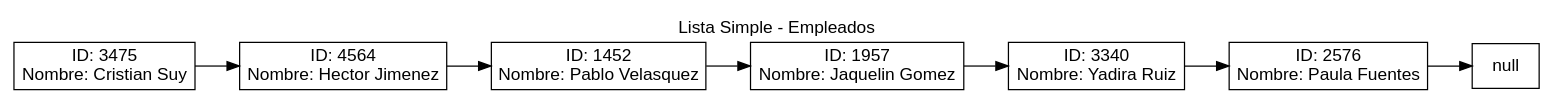
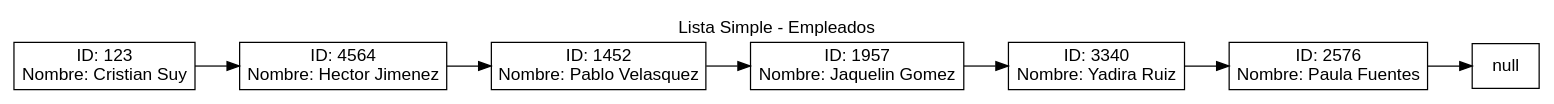
Before and after one commit to brandonT2002/EDD_VJ1S2023_PY_202112030: the diagram in Reportes/ListaSimple.dot, drawn with Graphviz. The commit also changed 10 other files, not shown here.

```diff
--- a/Reportes/ListaSimple.dot
+++ b/Reportes/ListaSimple.dot
@@ -1,14 +1,14 @@
 digraph G {
 fontname="Arial"
 label="Lista Simple - Empleados"
 labelloc = t
 rankdir=LR;
 node[shape="box" fontname="Arial"];
-nodo_0 [label="ID: 3475\nNombre: Cristian Suy"];
+nodo_0 [label="ID: 123\nNombre: Cristian Suy"];
 nodo_1 [label="ID: 4564\nNombre: Hector Jimenez"];
 nodo_2 [label="ID: 1452\nNombre: Pablo Velasquez"];
 nodo_3 [label="ID: 1957\nNombre: Jaquelin Gomez"];
 nodo_4 [label="ID: 3340\nNombre: Yadira Ruiz"];
 nodo_5 [label="ID: 2576\nNombre: Paula Fuentes"];
 nodo_0 -> nodo_1 -> nodo_2 -> nodo_3 -> nodo_4 -> nodo_5 -> null;
 }
```
